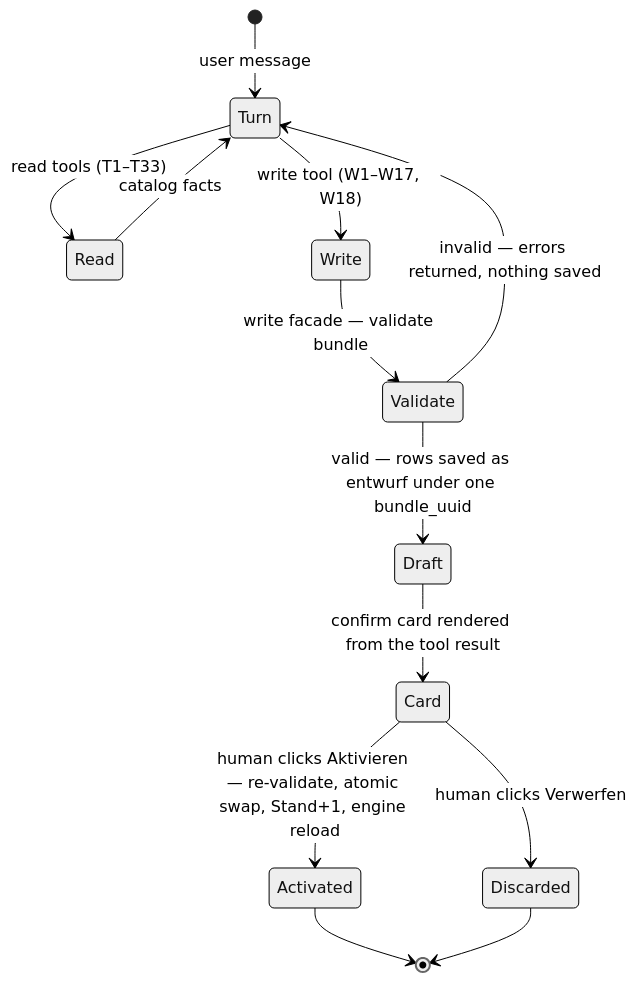
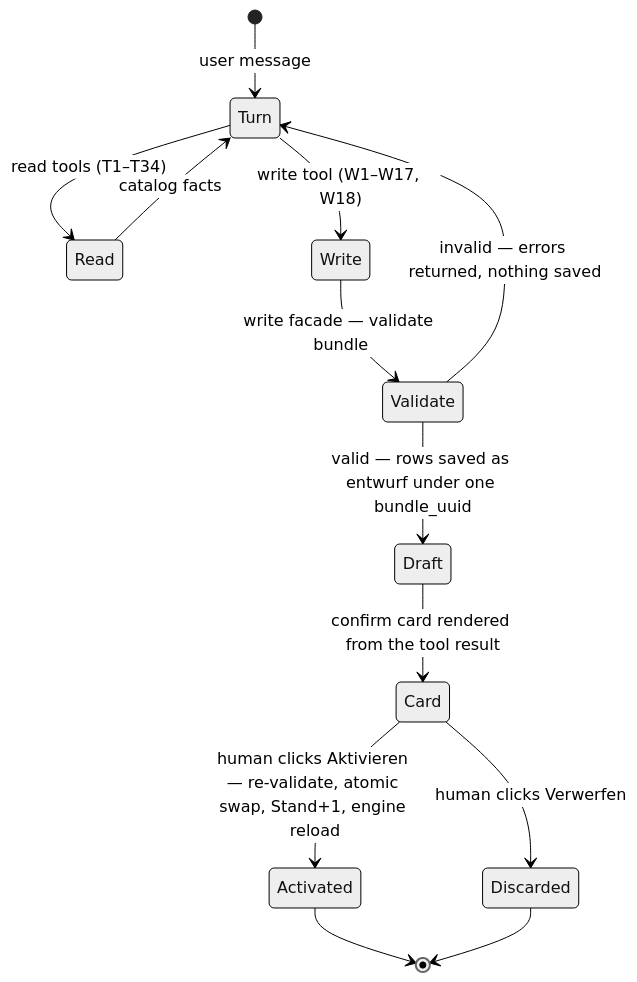
Before and after one commit to arthurshen74/strassenbau-vergabe-assistant: the fifth of 5 diagrams in AI_ARCHITECTURE.md, drawn with Mermaid (neutral theme). The commit also changed other lines of this file and 61 other files, not shown here.

````diff
--- a/AI_ARCHITECTURE.md
+++ b/AI_ARCHITECTURE.md
@@ -241,15 +243,15 @@
 ```mermaid
 stateDiagram-v2
     [*] --> Turn : user message
-    Turn --> Read : read tools (T1–T33)
+    Turn --> Read : read tools (T1–T34)
     Read --> Turn : catalog facts
     Turn --> Write : write tool (W1–W17, W18)
     Write --> Validate : write facade — validate bundle
     Validate --> Turn : invalid — errors returned, nothing saved
     Validate --> Draft : valid — rows saved as entwurf under one bundle_uuid
     Draft --> Card : confirm card rendered from the tool result
     Card --> Activated : human clicks Aktivieren — re-validate, atomic swap, Stand+1, engine reload
     Card --> Discarded : human clicks Verwerfen
     Activated --> [*]
     Discarded --> [*]
 ```
````
